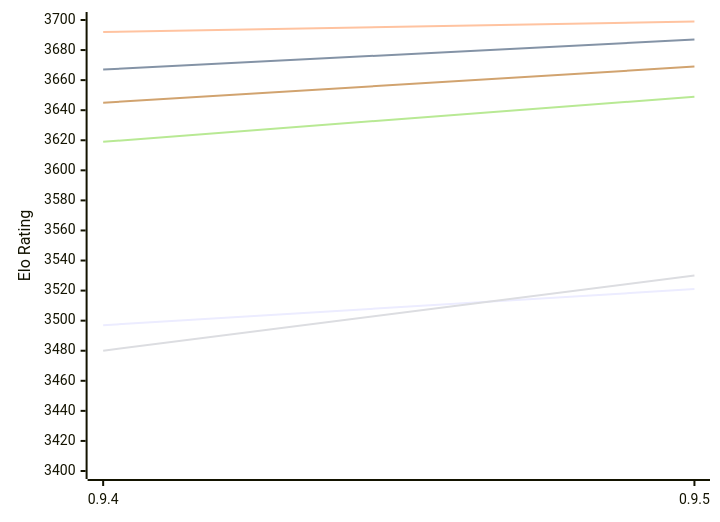
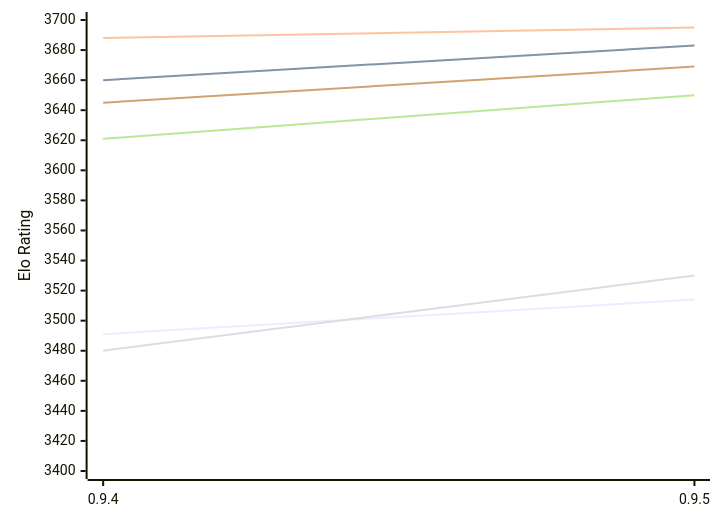
Before and after one commit to computer-chess-index/cci: the first of 2 diagrams in engines/Coda.md, drawn with Mermaid. The commit also changed other lines of this file, not shown here.

Commit message:
Update CCI Ratings (ELO VLTC) - 2026-11-26

````diff
--- a/engines/Coda.md
+++ b/engines/Coda.md
@@ -52,12 +52,12 @@
 ```mermaid
 %%{init: {"theme":"base","themeVariables":{"seriesColors:['#a3a3a3','#222221','#faa371']}}}%%
 xychart-beta
   x-axis ["0.9.4", "0.9.5"]
   y-axis "Elo Rating" 3400 --> 3700
-  line "E1: STC (8.0+0.08s)" [3497, 3521]
-  line "E1: LTC (60.0+0.60s)" [3667, 3687]
-  line "E1: VLTC (2m24s+1.12s)" [3692, 3699]
+  line "E1: STC (8.0+0.08s)" [3491, 3514]
+  line "E1: LTC (60.0+0.60s)" [3660, 3683]
+  line "E1: VLTC (2m24s+1.12s)" [3688, 3695]
   line "P1: STC (8.0+0.08s)" [3480, 3530]
-  line "P1: LTC (60.0+0.60s)" [3619, 3649]
+  line "P1: LTC (60.0+0.60s)" [3621, 3650]
   line "P1: VLTC (2m24s+1.12s)" [3645, 3669]
 ```
````
